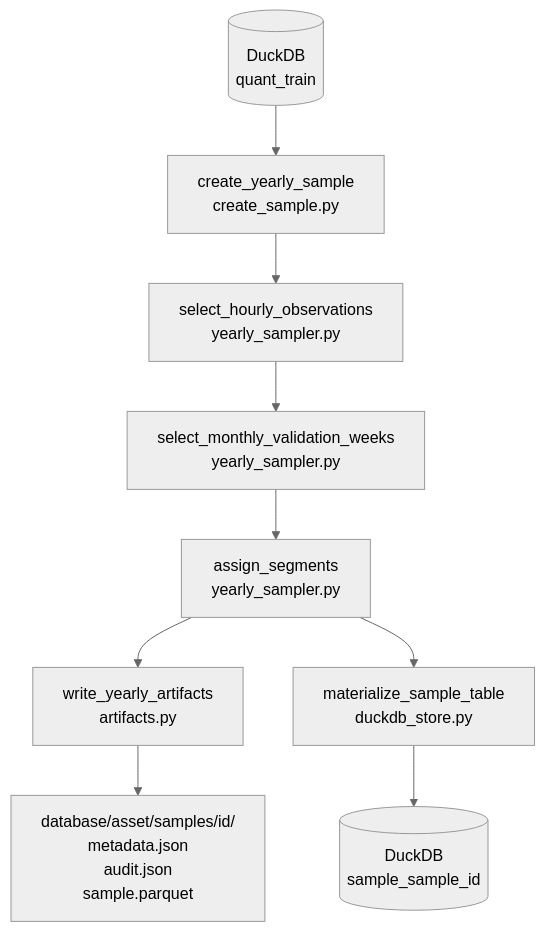
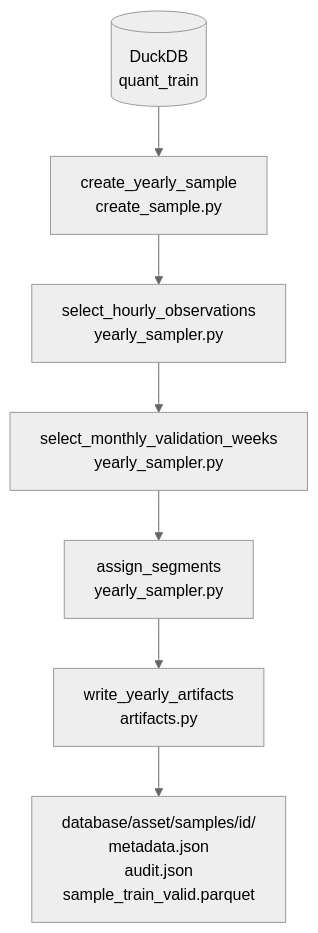
One commit to Nemesis14/chronoquant changed the first of 4 diagrams in _doc_/5010_sampling_yearly.md. Above: the diagram before and after it, drawn with Mermaid (neutral theme). The commit also changed other lines of this file and 267 other files, not shown here.

````diff
--- a/_doc_/5010_sampling_yearly.md
+++ b/_doc_/5010_sampling_yearly.md
@@ -11,11 +11,9 @@
 ```mermaid
 flowchart TD
   QT[(DuckDB\nquant_train)] --> CS[create_yearly_sample\ncreate_sample.py]
   CS --> A[select_hourly_observations\nyearly_sampler.py]
   A --> B[select_monthly_validation_weeks\nyearly_sampler.py]
   B --> C[assign_segments\nyearly_sampler.py]
   C --> D[write_yearly_artifacts\nartifacts.py]
-  D --> E[database/asset/samples/id/\nmetadata.json\naudit.json\nsample.parquet]
-  C --> M[materialize_sample_table\nduckdb_store.py]
-  M --> T[(DuckDB\nsample_sample_id)]
+  D --> E[database/asset/samples/id/\nmetadata.json\naudit.json\nsample_train_valid.parquet]
 ```
````
